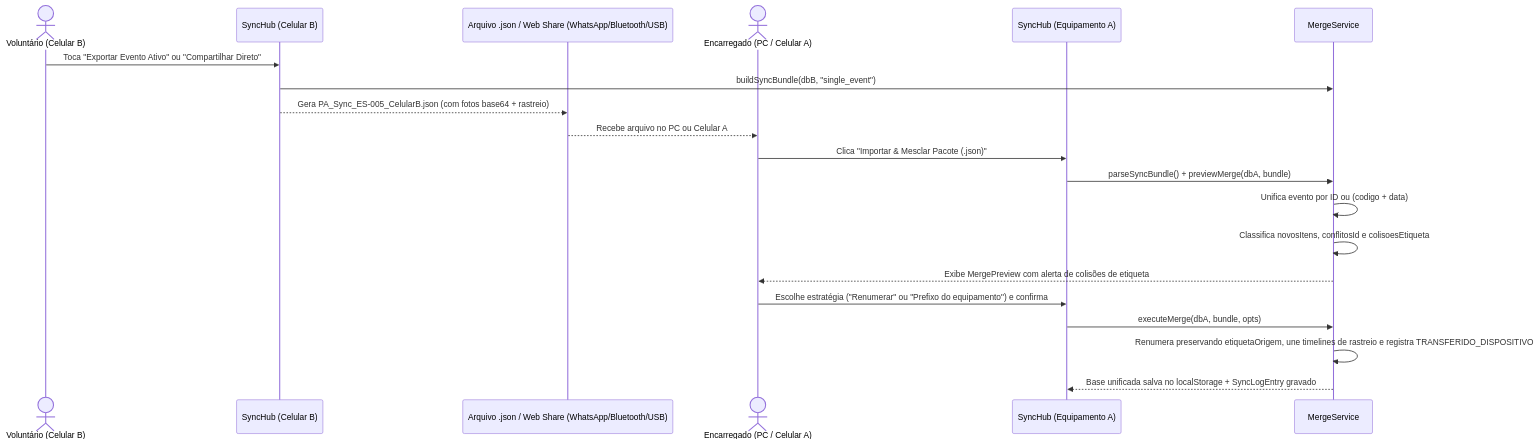
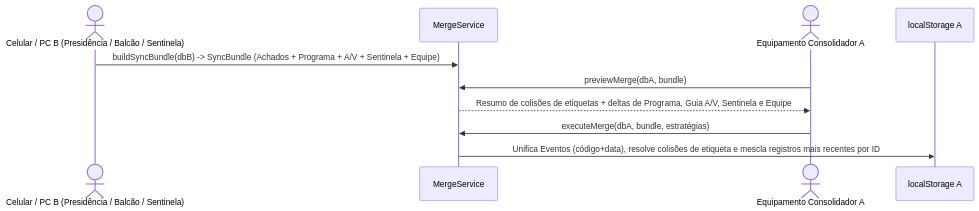
The seventh of 8 diagrams in docs/UML.md (EliezerRosa/assembleia-perdidos-achados-pwa), drawn with Mermaid before and after one commit. The commit also changed other lines of this file and 33 other files, not shown here.

Commit message:
feat: clone Presidencia do Congresso & Resumo de A Sentinela embedded apps + MER/UML v2

````diff
--- a/docs/UML.md
+++ b/docs/UML.md
@@ -360,23 +241,13 @@
 ```mermaid
 sequenceDiagram
-    actor VolB as Voluntário (Celular B)
-    participant SyncB as SyncHub (Celular B)
-    participant Canal as Arquivo .json / Web Share (WhatsApp/Bluetooth/USB)
-    actor Coord as Encarregado (PC / Celular A)
-    participant SyncA as SyncHub (Equipamento A)
+    actor DispB as Celular / PC B (Presidência / Balcão / Sentinela)
     participant Merge as MergeService
+    actor Coord as Equipamento Consolidador A
+    participant StoreA as localStorage A
 
-    VolB->>SyncB: Toca "Exportar Evento Ativo" ou "Compartilhar Direto"
-    SyncB->>Merge: buildSyncBundle(dbB, "single_event")
-    SyncB-->>Canal: Gera PA_Sync_ES-005_CelularB.json (com fotos base64 + rastreio)
-    Canal-->>Coord: Recebe arquivo no PC ou Celular A
-    Coord->>SyncA: Clica "Importar & Mesclar Pacote (.json)"
-    SyncA->>Merge: parseSyncBundle() + previewMerge(dbA, bundle)
-    Merge->>Merge: Unifica evento por ID ou (codigo + data)
-    Merge->>Merge: Classifica novosItens, conflitosId e colisoesEtiqueta
-    Merge-->>Coord: Exibe MergePreview com alerta de colisões de etiqueta
-    Coord->>SyncA: Escolhe estratégia ("Renumerar" ou "Prefixo do equipamento") e confirma
-    SyncA->>Merge: executeMerge(dbA, bundle, opts)
-    Merge->>Merge: Renumera preservando etiquetaOrigem, une timelines de rastreio e registra TRANSFERIDO_DISPOSITIVO
-    Merge-->>SyncA: Base unificada salva no localStorage + SyncLogEntry gravado
+    DispB->>Merge: buildSyncBundle(dbB) -> SyncBundle (Achados + Programa + A/V + Sentinela + Equipe)
+    Coord->>Merge: previewMerge(dbA, bundle)
+    Merge-->>Coord: Resumo de colisões de etiquetas + deltas de Programa, Guia A/V, Sentinela e Equipe
+    Coord->>Merge: executeMerge(dbA, bundle, estratégias)
+    Merge->>StoreA: Unifica Eventos (código+data), resolve colisões de etiqueta e mescla registros mais recentes por ID
 ```
````
